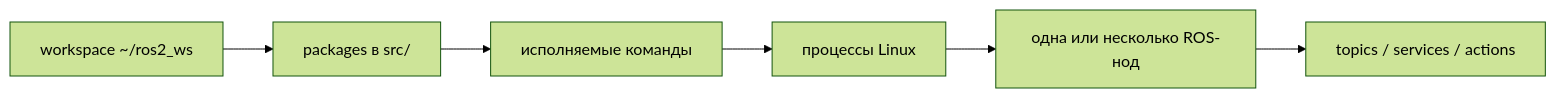
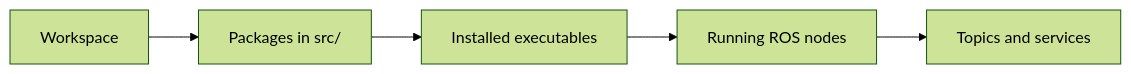
One commit to mavxa/eyecar-ros2 changed the diagram in docs/EYECAR_WORKFLOW_CHEATSHEET.md. Above: the diagram before and after it, drawn with Mermaid (forest theme). The commit also changed other lines of this file and 12 other files, not shown here.

````diff
--- a/docs/EYECAR_WORKFLOW_CHEATSHEET.md
+++ b/docs/EYECAR_WORKFLOW_CHEATSHEET.md
@@ -15,8 +9,7 @@
 ```mermaid
 flowchart LR
-    W["workspace ~/ros2_ws"] --> P["packages в src/"]
-    P --> E["исполняемые команды"]
-    E --> X["процессы Linux"]
-    X --> N["одна или несколько ROS-нод"]
-    N --> T["topics / services / actions"]
+    W[Workspace] --> P[Packages in src/]
+    P --> E[Installed executables]
+    E --> N[Running ROS nodes]
+    N --> T[Topics and services]
 ```
````
